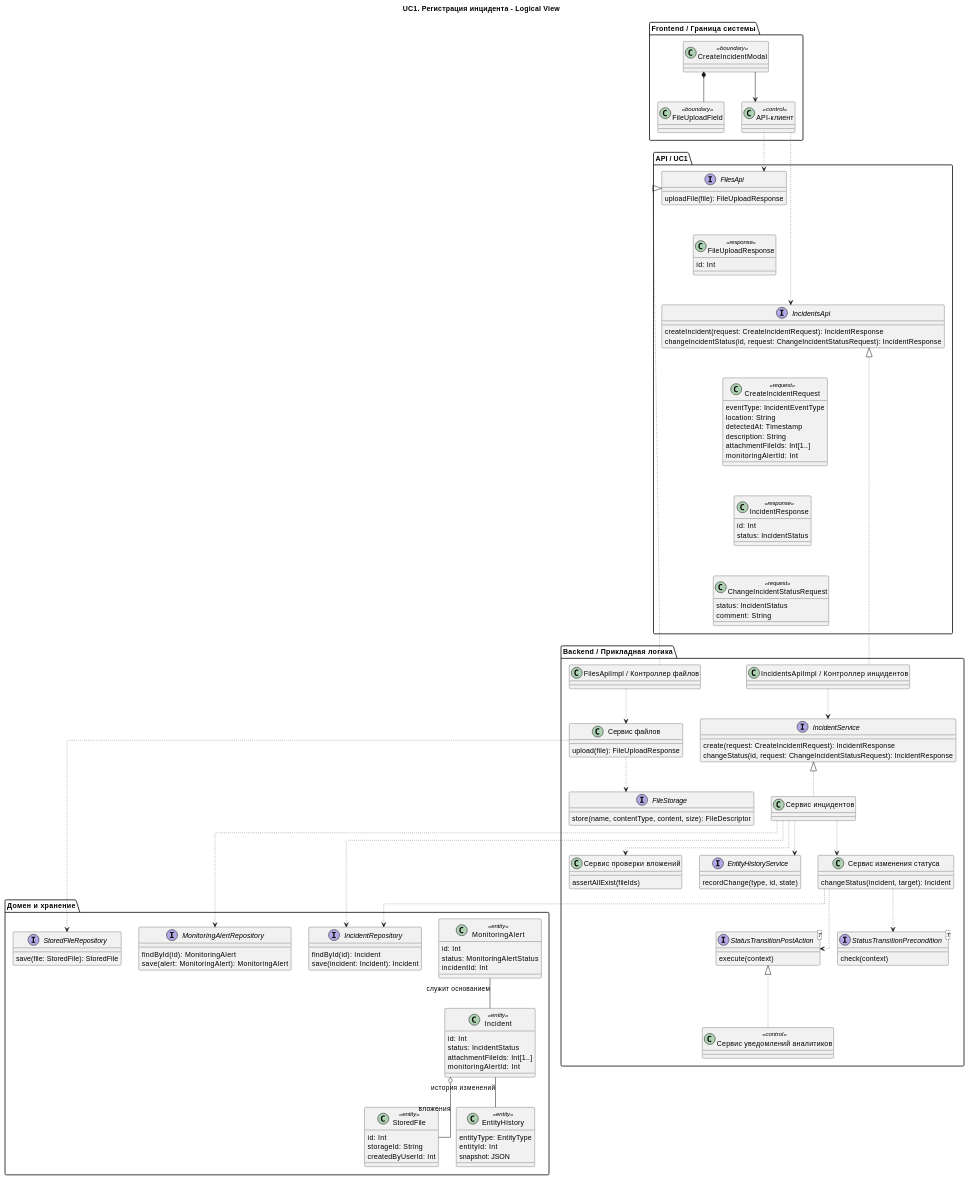
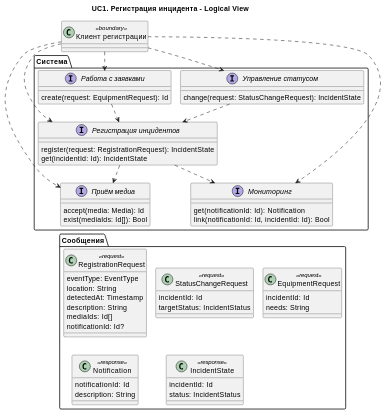
One commit to Andryss/AIMS changed the second of 3 diagrams in docs/classes/UC1.md. Above: the diagram before and after it, drawn with PlantUML. The commit also changed other lines of this file and 1 other file, not shown here.

Commit message:
docs: simplify UC1 architecture views

````diff
--- a/docs/classes/UC1.md
+++ b/docs/classes/UC1.md
@@ -45,170 +34,88 @@
 ```plantuml
 @startuml aims_uc1_logical_view
+!pragma layout smetana
 title UC1. Регистрация инцидента - Logical View
-scale max 3800 width
 
 skinparam classAttributeIconSize 0
 skinparam linetype ortho
 skinparam shadowing false
 top to bottom direction
 
-package "Frontend / Граница системы" {
-  class CreateIncidentModal <<boundary>>
-  class FileUploadField <<boundary>>
-  class "API-клиент" as ApiClient <<control>>
-}
+class "Клиент регистрации" as RegistrationClient <<boundary>>
 
-package "API / UC1" {
-    interface FilesApi {
-      uploadFile(file): FileUploadResponse
-    }
-
-    interface IncidentsApi {
-      createIncident(request: CreateIncidentRequest): IncidentResponse
-      changeIncidentStatus(id, request: ChangeIncidentStatusRequest): IncidentResponse
-    }
-
-    class FileUploadResponse <<response>> {
-      id: Int
-    }
-
-    class CreateIncidentRequest <<request>> {
-      eventType: IncidentEventType
-      location: String
-      detectedAt: Timestamp
-      description: String
-      attachmentFileIds: Int[1..]
-      monitoringAlertId: Int
-    }
-
-    class IncidentResponse <<response>> {
-      id: Int
-      status: IncidentStatus
-    }
-
-    class ChangeIncidentStatusRequest <<request>> {
-      status: IncidentStatus
-      comment: String
-    }
-
-    FilesApi -[hidden]down-> FileUploadResponse
-    FileUploadResponse -[hidden]down-> IncidentsApi
-    IncidentsApi -[hidden]down-> CreateIncidentRequest
-    CreateIncidentRequest -[hidden]down-> IncidentResponse
-    IncidentResponse -[hidden]down-> ChangeIncidentStatusRequest
-}
-
-package "Backend / Прикладная логика" {
-  interface IncidentService {
-    create(request: CreateIncidentRequest): IncidentResponse
-    changeStatus(id, request: ChangeIncidentStatusRequest): IncidentResponse
+package "Система" {
+  interface "Регистрация инцидентов" as Registration {
+    register(request: RegistrationRequest): IncidentState
+    get(incidentId: Id): IncidentState
   }
 
-  interface FileStorage {
-    store(name, contentType, content, size): FileDescriptor
+  interface "Приём медиа" as MediaReception {
+    accept(media: Media): Id
+    exist(mediaIds: Id[]): Bool
   }
 
-  class "FilesApiImpl / Контроллер файлов" as FilesApiImpl
-  class "IncidentsApiImpl / Контроллер инцидентов" as IncidentsApiImpl
-  class "Сервис файлов" as FileService {
-    upload(file): FileUploadResponse
+  interface "Мониторинг" as Monitoring {
+    get(notificationId: Id): Notification
+    link(notificationId: Id, incidentId: Id): Bool
   }
 
-  class "Сервис инцидентов" as IncidentServiceImpl
-  class "Сервис проверки вложений" as AttachmentValidator {
-    assertAllExist(fileIds)
+  interface "Управление статусом" as StatusManagement {
+    change(request: StatusChangeRequest): IncidentState
   }
 
-  class "Сервис изменения статуса" as StatusWorkflow {
-    changeStatus(incident, target): Incident
-  }
-
-  interface "EntityHistoryService" as HistoryService {
-    recordChange(type, id, state)
-  }
-
-  class "Сервис уведомлений аналитиков" as NotifyAnalysts <<control>>
-
-  interface "StatusTransitionPrecondition<T>" as TransitionPrecondition {
-    check(context)
-  }
-
-  interface "StatusTransitionPostAction<T>" as TransitionPostAction {
-    execute(context)
+  interface "Работа с заявками" as EquipmentRequests {
+    create(request: EquipmentRequest): Id
   }
 }
 
-package "Домен и хранение" {
-  class StoredFile <<entity>> {
-    id: Int
-    storageId: String
-    createdByUserId: Int
+package "Сообщения" {
+  class RegistrationRequest <<request>> {
+    eventType: EventType
+    location: String
+    detectedAt: Timestamp
+    description: String
+    mediaIds: Id[]
+    notificationId: Id?
   }
 
-  class Incident <<entity>> {
-    id: Int
-    status: IncidentStatus
-    attachmentFileIds: Int[1..]
-    monitoringAlertId: Int
+  class StatusChangeRequest <<request>> {
+    incidentId: Id
+    targetStatus: IncidentStatus
   }
 
-  class MonitoringAlert <<entity>> {
-    id: Int
-    status: MonitoringAlertStatus
-    incidentId: Int
+  class EquipmentRequest <<request>> {
+    incidentId: Id
+    needs: String
   }
 
-  class EntityHistory <<entity>> {
-    entityType: EntityType
-    entityId: Int
-    snapshot: JSON
+  class IncidentState <<response>> {
+    incidentId: Id
+    status: IncidentStatus
   }
 
-  interface StoredFileRepository {
-    save(file: StoredFile): StoredFile
+  class Notification <<response>> {
+    notificationId: Id
+    description: String
   }
 
-  interface IncidentRepository {
-    findById(id): Incident
-    save(incident: Incident): Incident
-  }
-
-  interface MonitoringAlertRepository {
-    findById(id): MonitoringAlert
-    save(alert: MonitoringAlert): MonitoringAlert
-  }
 }
 
-CreateIncidentModal *-down- FileUploadField
-CreateIncidentModal -down-> ApiClient
-ApiClient -[dotted]down-> FilesApi
-ApiClient -[dotted]down-> IncidentsApi
+RegistrationClient ..> MediaReception
+RegistrationClient ..> Monitoring
+RegistrationClient ..> Registration
+RegistrationClient ..> StatusManagement
+RegistrationClient ..> EquipmentRequests
 
-FilesApiImpl -[dotted]up-|> FilesApi
-FilesApiImpl -[dotted]down-> FileService
-FileService -[dotted]down-> FileStorage
-FileService -[dotted]down-> StoredFileRepository
+Registration ..> MediaReception
+Registration ..> Monitoring
+StatusManagement ..> Registration
+EquipmentRequests ..> Registration
 
-IncidentServiceImpl -[dotted]up-|> IncidentService
-IncidentsApiImpl -[dotted]up-|> IncidentsApi
-IncidentsApiImpl -[dotted]down-> IncidentService
-IncidentServiceImpl -[dotted]down-> AttachmentValidator
-IncidentServiceImpl -[dotted]down-> IncidentRepository
-IncidentServiceImpl -[dotted]down-> MonitoringAlertRepository
-IncidentServiceImpl -[dotted]down-> StatusWorkflow
-IncidentServiceImpl -[dotted]down-> HistoryService
-
-StatusWorkflow -[dotted]down-> TransitionPrecondition
-StatusWorkflow -[dotted]down-> TransitionPostAction
-StatusWorkflow -[dotted]down-> IncidentRepository
-NotifyAnalysts -[dotted]up-|> TransitionPostAction
-
-Incident o-down- StoredFile : вложения
-MonitoringAlert -down- Incident : служит основанием
-Incident -down- EntityHistory : история изменений
-
-ChangeIncidentStatusRequest -[hidden]down-> IncidentsApiImpl
-HistoryService -[hidden]down-> MonitoringAlert
+MediaReception -[hidden]down-> RegistrationRequest
+RegistrationRequest -[hidden]right-> StatusChangeRequest
+StatusChangeRequest -[hidden]right-> EquipmentRequest
+RegistrationRequest -[hidden]down-> Notification
+StatusChangeRequest -[hidden]down-> IncidentState
 
 @enduml
 ```
````
